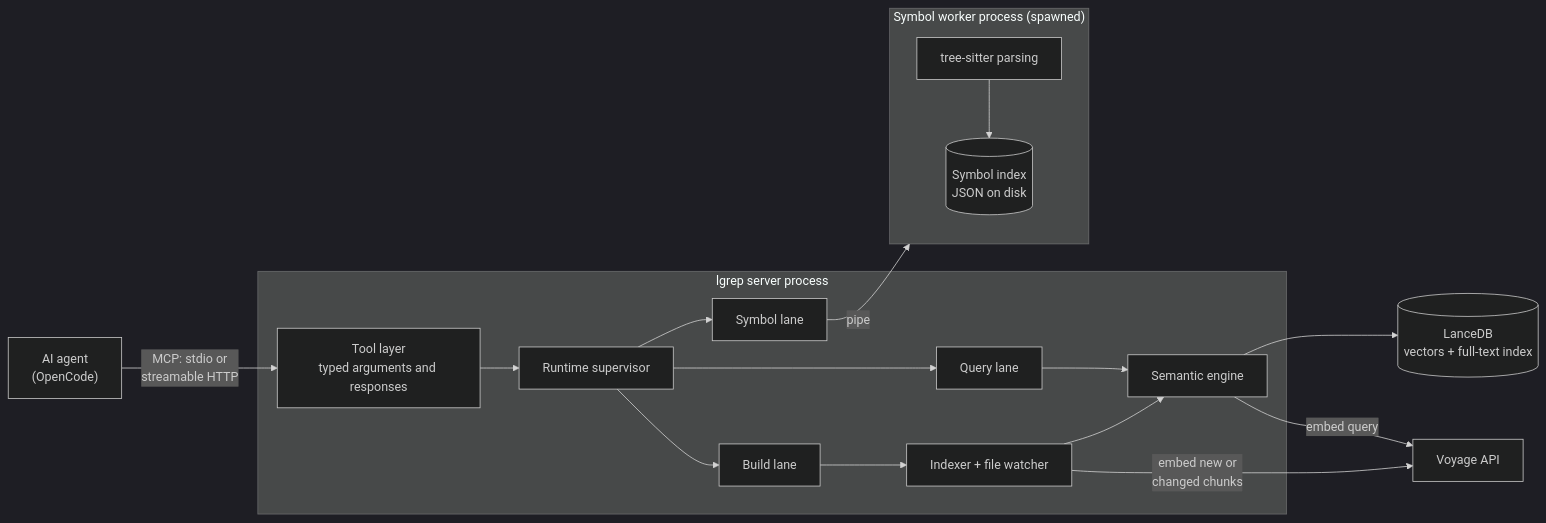
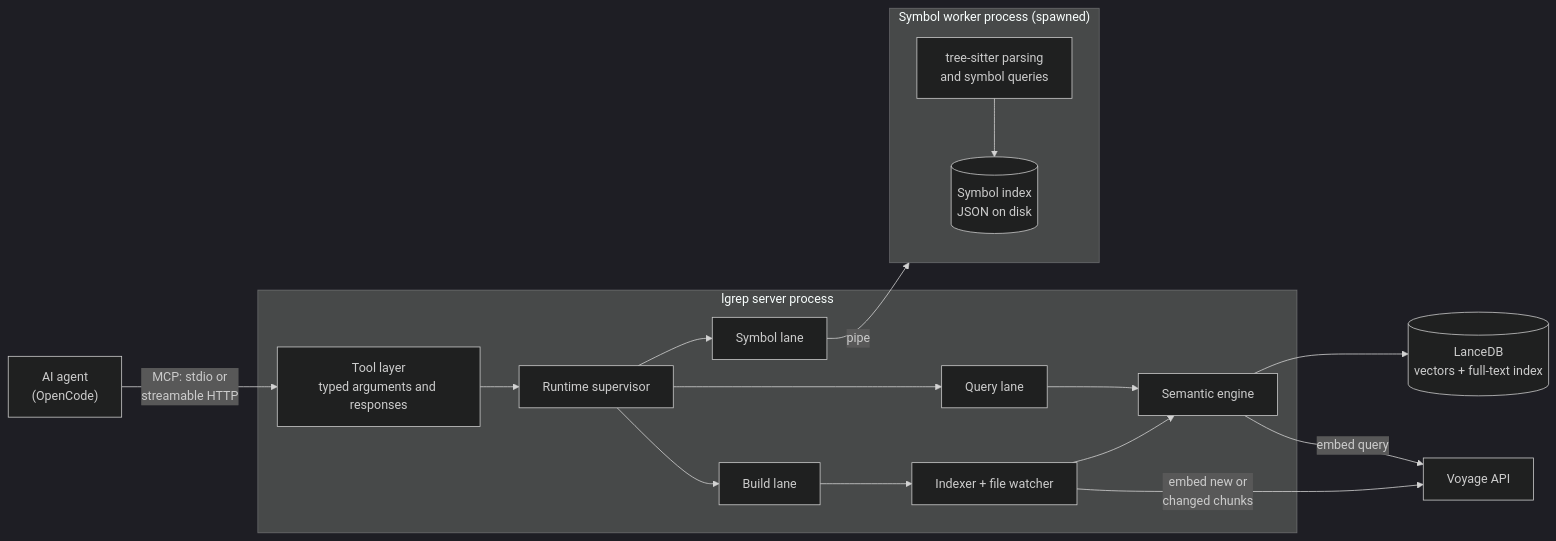
Before and after one commit to Sharper-Flow/lgrep: the diagram in README.md, drawn with Mermaid (dark theme). The commit also changed other lines of this file, not shown here.

````diff
--- a/README.md
+++ b/README.md
@@ -33,23 +33,23 @@
 ```mermaid
 flowchart LR
     agent["AI agent<br/>(OpenCode)"] -- "MCP: stdio or<br/>streamable HTTP" --> server
 
     subgraph daemon["lgrep server process"]
         server["Tool layer<br/>typed arguments and responses"] --> supervisor["Runtime supervisor"]
         supervisor --> qlane["Query lane"]
         supervisor --> blane["Build lane"]
         supervisor --> slane["Symbol lane"]
         qlane --> semantic["Semantic engine"]
         blane --> indexer["Indexer + file watcher"]
         indexer --> semantic
     end
 
     semantic --> lance[("LanceDB<br/>vectors + full-text index")]
     semantic -- "embed query" --> voyage["Voyage API"]
     indexer -- "embed new or<br/>changed chunks" --> voyage
     slane -- "pipe" --> worker
 
     subgraph worker["Symbol worker process (spawned)"]
-        ts["tree-sitter parsing"] --> symidx[("Symbol index<br/>JSON on disk")]
+        ts["tree-sitter parsing<br/>and symbol queries"] --> symidx[("Symbol index<br/>JSON on disk")]
     end
 ```
````
